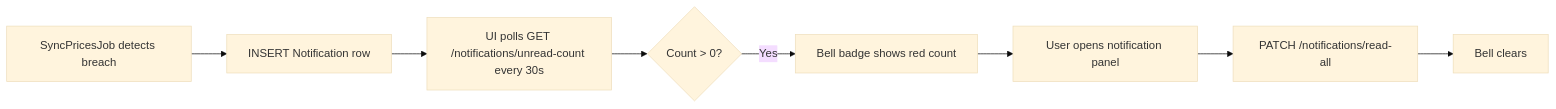
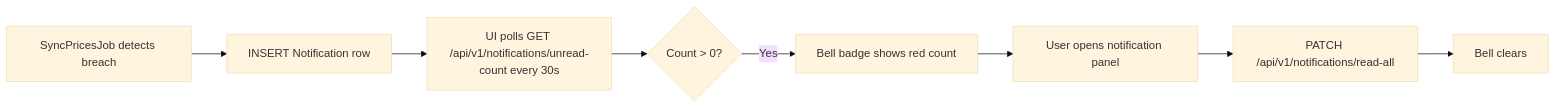
Before and after one commit to nhonvo/InvestManagementSystem: the second of 2 diagrams in InventoryAlert.Wiki/docs/08-frontend-ui/feature-breakdown.md, drawn with Mermaid (base theme). The commit also changed other lines of this file and 11 other files, not shown here.

````diff
--- a/InventoryAlert.Wiki/docs/08-frontend-ui/feature-breakdown.md
+++ b/InventoryAlert.Wiki/docs/08-frontend-ui/feature-breakdown.md
@@ -40,10 +40,10 @@
 ```mermaid
 flowchart LR
     A[SyncPricesJob detects breach] --> B[INSERT Notification row]
-    B --> C[UI polls GET /notifications/unread-count every 30s]
+    B --> C[UI polls GET /api/v1/notifications/unread-count every 30s]
     C --> D{Count > 0?}
     D -- Yes --> E[Bell badge shows red count]
     E --> F[User opens notification panel]
-    F --> G[PATCH /notifications/read-all]
+    F --> G[PATCH /api/v1/notifications/read-all]
     G --> H[Bell clears]
 ```
````
